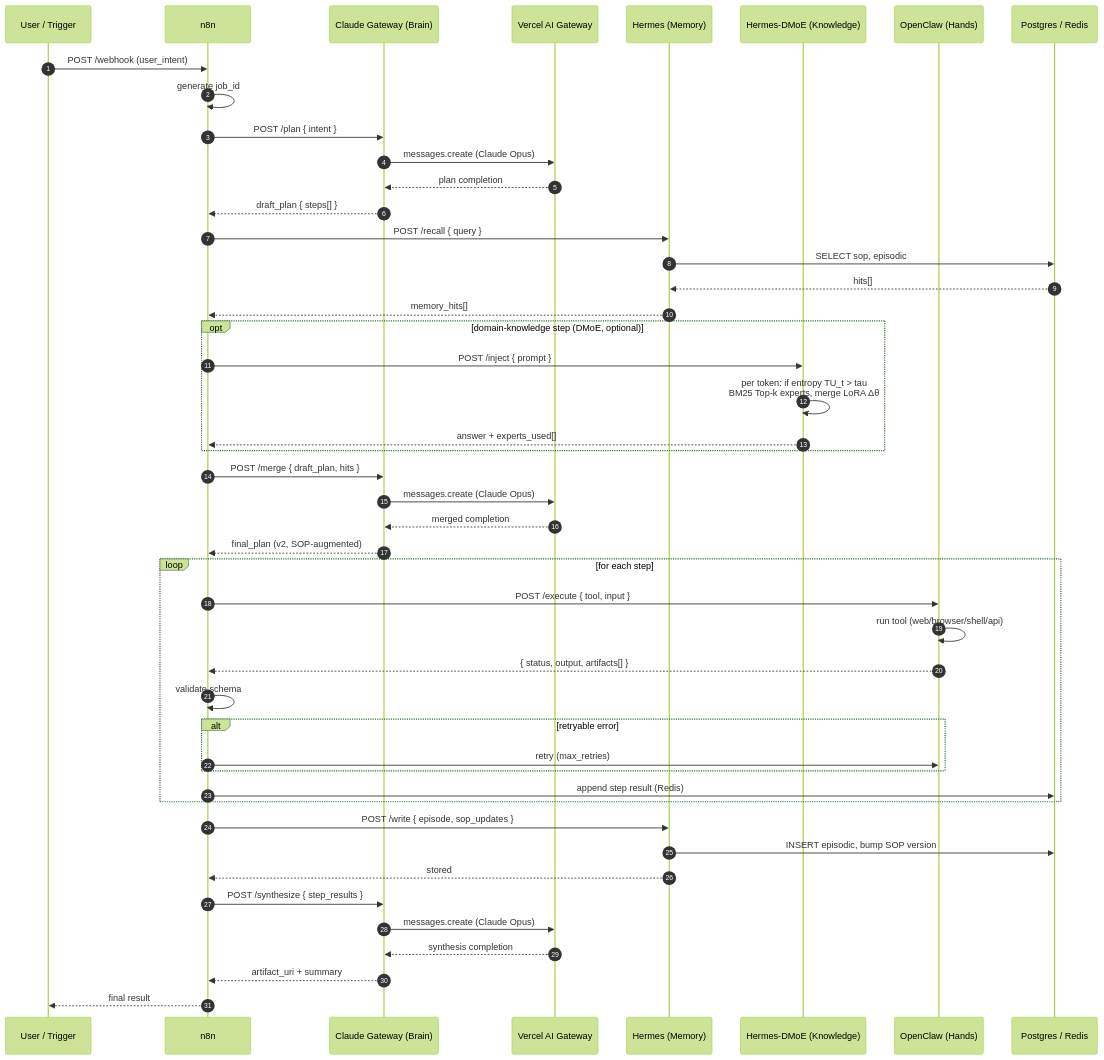
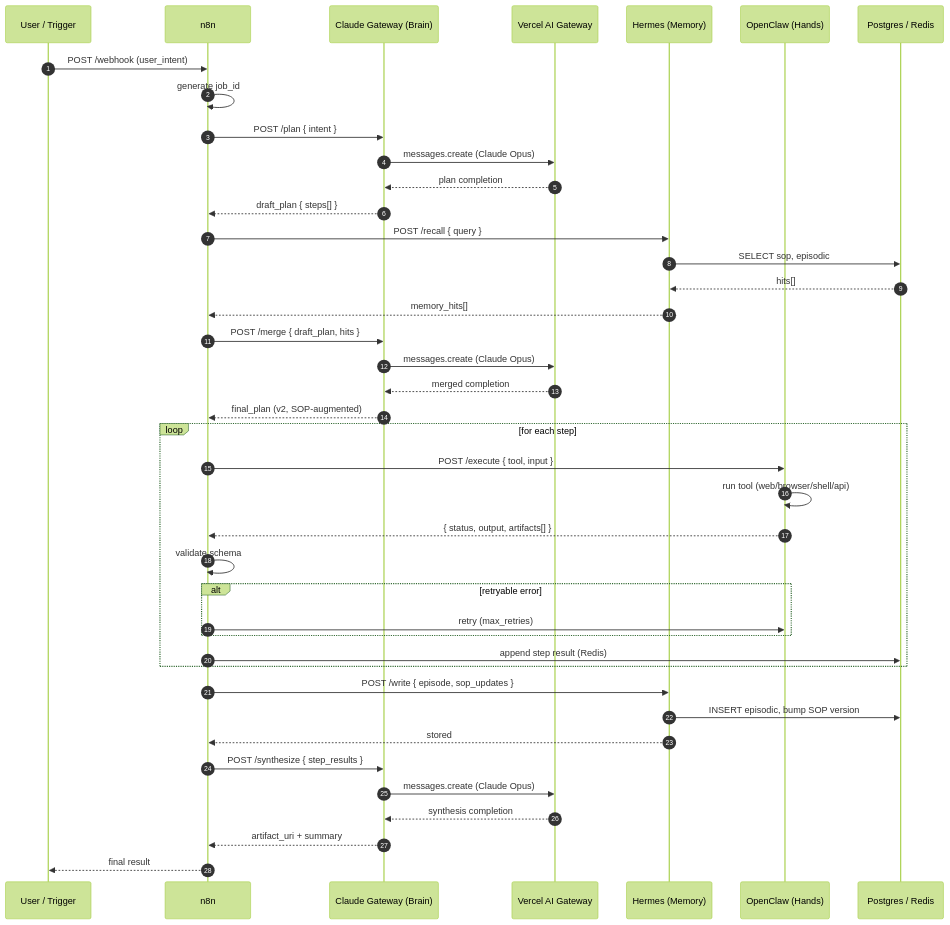
The second of 6 diagrams in README.md (tonylnng/gateforge-loom), drawn with Mermaid (forest theme) before and after one commit. The commit also changed other lines of this file and 5 other files, not shown here.

First line of the commit message:
Revert "Merge pull request #2 from tonylnng/docs/dmoe-knowledge-injection"

````diff
--- a/README.md
+++ b/README.md
@@ -199,58 +180,51 @@
 ```mermaid
 sequenceDiagram
     autonumber
     participant U as User / Trigger
     participant N as n8n
     participant C as Claude Gateway (Brain)
     participant VG as Vercel AI Gateway
     participant M as Hermes (Memory)
-    participant K as Hermes-DMoE (Knowledge)
     participant O as OpenClaw (Hands)
     participant DB as Postgres / Redis
 
     U->>N: POST /webhook (user_intent)
     N->>N: generate job_id
 
     N->>C: POST /plan { intent }
     C->>VG: messages.create (Claude Opus)
     VG-->>C: plan completion
     C-->>N: draft_plan { steps[] }
 
     N->>M: POST /recall { query }
     M->>DB: SELECT sop, episodic
     DB-->>M: hits[]
     M-->>N: memory_hits[]
-
-    opt domain-knowledge step (DMoE, optional)
-        N->>K: POST /inject { prompt }
-        K->>K: per token: if entropy TU_t > tau<br/>BM25 Top-k experts, merge LoRA Δθ
-        K-->>N: answer + experts_used[]
-    end
 
     N->>C: POST /merge { draft_plan, hits }
     C->>VG: messages.create (Claude Opus)
     VG-->>C: merged completion
     C-->>N: final_plan (v2, SOP-augmented)
 
     loop for each step
         N->>O: POST /execute { tool, input }
         O->>O: run tool (web/browser/shell/api)
         O-->>N: { status, output, artifacts[] }
         N->>N: validate schema
         alt retryable error
             N->>O: retry (max_retries)
         end
         N->>DB: append step result (Redis)
     end
 
     N->>M: POST /write { episode, sop_updates }
     M->>DB: INSERT episodic, bump SOP version
     M-->>N: stored
 
     N->>C: POST /synthesize { step_results }
     C->>VG: messages.create (Claude Opus)
     VG-->>C: synthesis completion
     C-->>N: artifact_uri + summary
 
     N-->>U: final result
 ```
````
